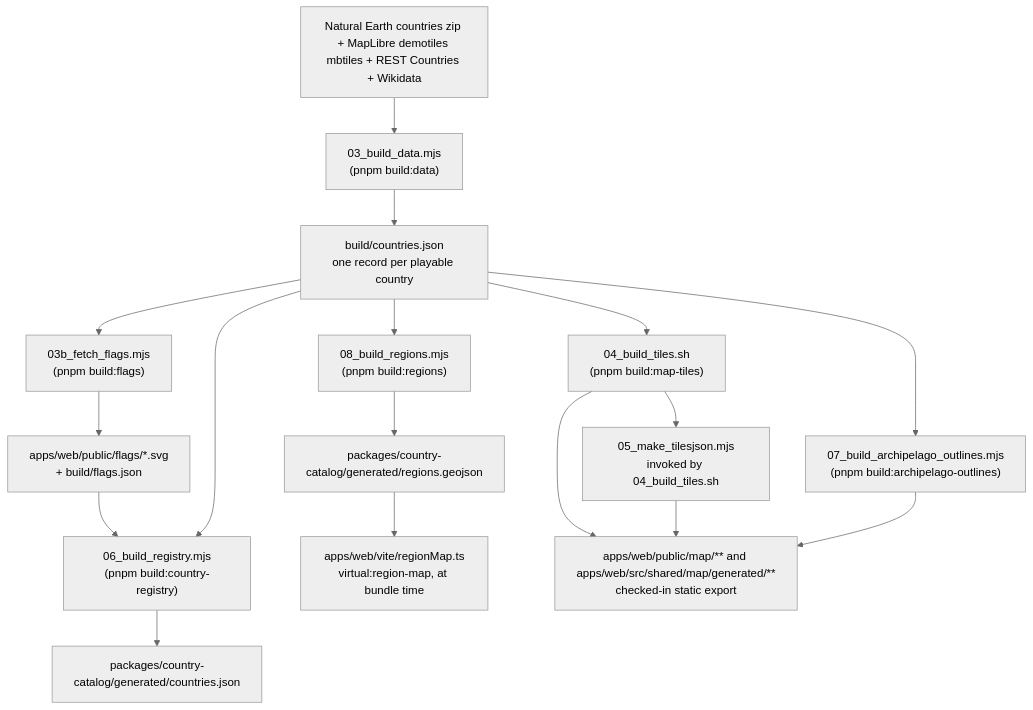
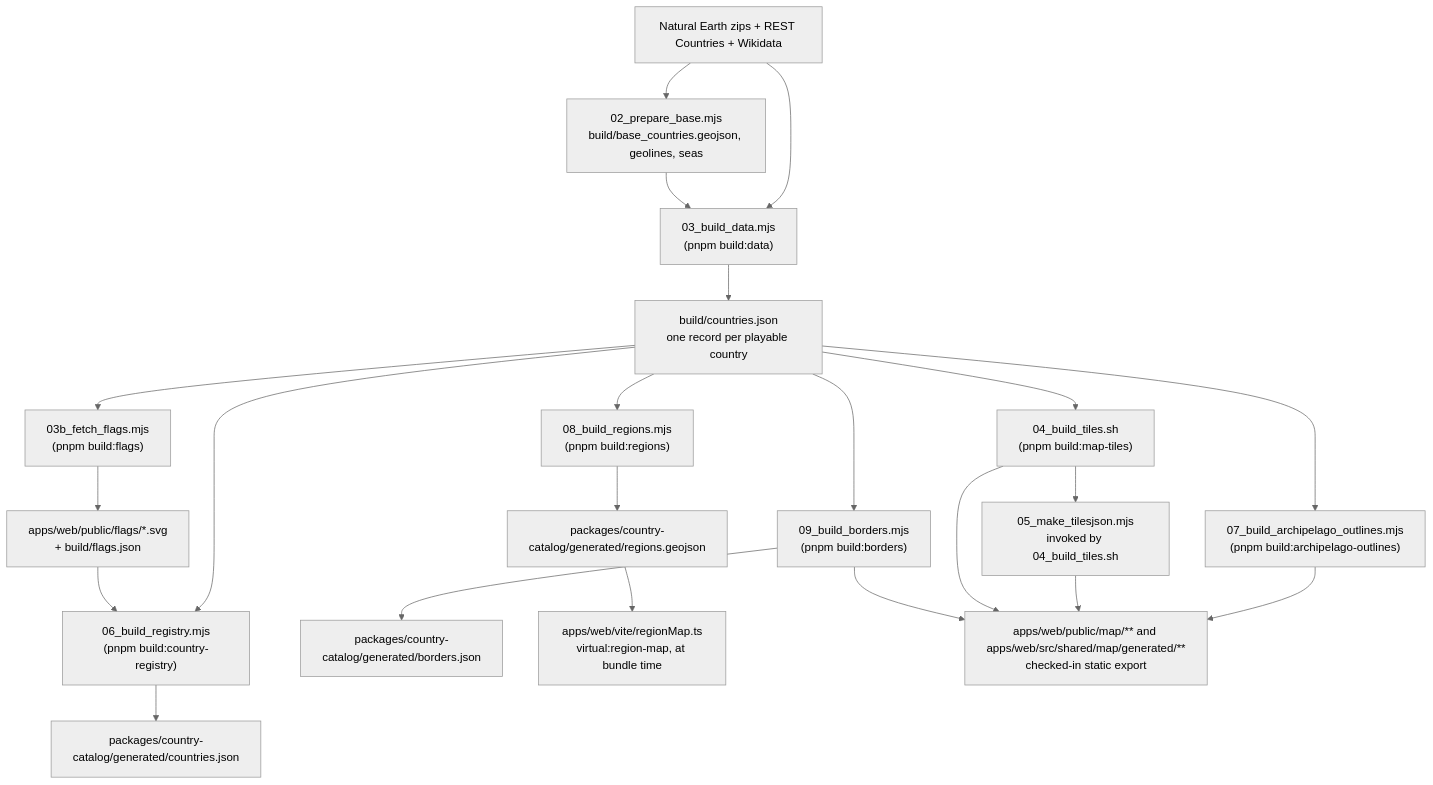
One commit to atamuratov07/georally-game changed the diagram in docs/architecture/data-pipeline.md. Above: the diagram before and after it, drawn with Mermaid (neutral theme). The commit also changed other lines of this file and 14 other files, not shown here.

Commit message:
feat(data): add the land border graph

````diff
--- a/docs/architecture/data-pipeline.md
+++ b/docs/architecture/data-pipeline.md
@@ -5,34 +5,42 @@
 ```mermaid
 graph TD
-    Upstream["Natural Earth countries zip + MapLibre demotiles mbtiles + REST Countries + Wikidata"]
+    Upstream["Natural Earth zips + REST Countries + Wikidata"]
+    PrepareBase["02_prepare_base.mjs<br/>build/base_countries.geojson, geolines, seas"]
     BuildData["03_build_data.mjs<br/>(pnpm build:data)"]
     Countries["build/countries.json<br/>one record per playable country"]
     BuildTiles["04_build_tiles.sh<br/>(pnpm build:map-tiles)"]
     TileJson["05_make_tilesjson.mjs<br/>invoked by 04_build_tiles.sh"]
     BuildFlags["03b_fetch_flags.mjs<br/>(pnpm build:flags)"]
     WebFlags["apps/web/public/flags/*.svg<br/>+ build/flags.json"]
     BuildRegistry["06_build_registry.mjs<br/>(pnpm build:country-registry)"]
     CatalogJson["packages/country-catalog/generated/countries.json"]
     BuildOutlines["07_build_archipelago_outlines.mjs<br/>(pnpm build:archipelago-outlines)"]
     BuildRegions["08_build_regions.mjs<br/>(pnpm build:regions)"]
     CatalogRegions["packages/country-catalog/generated/regions.geojson"]
+    BuildBorders["09_build_borders.mjs<br/>(pnpm build:borders)"]
+    CatalogBorders["packages/country-catalog/generated/borders.json"]
     RegionPlugin["apps/web/vite/regionMap.ts<br/>virtual:region-map, at bundle time"]
     WebMap["apps/web/public/map/** and apps/web/src/shared/map/generated/**<br/>checked-in static export"]
 
+    Upstream --> PrepareBase
+    PrepareBase --> BuildData
     Upstream --> BuildData
     BuildData --> Countries
     Countries --> BuildTiles
     Countries --> BuildFlags
     BuildFlags --> WebFlags
     WebFlags --> BuildRegistry
     Countries --> BuildRegistry
     Countries --> BuildOutlines
     Countries --> BuildRegions
+    Countries --> BuildBorders
+    BuildBorders --> CatalogBorders
+    BuildBorders --> WebMap
     BuildTiles --> TileJson
     BuildTiles --> WebMap
     TileJson --> WebMap
     BuildRegistry --> CatalogJson
     BuildOutlines --> WebMap
     BuildRegions --> CatalogRegions
     CatalogRegions --> RegionPlugin
 ```
````
